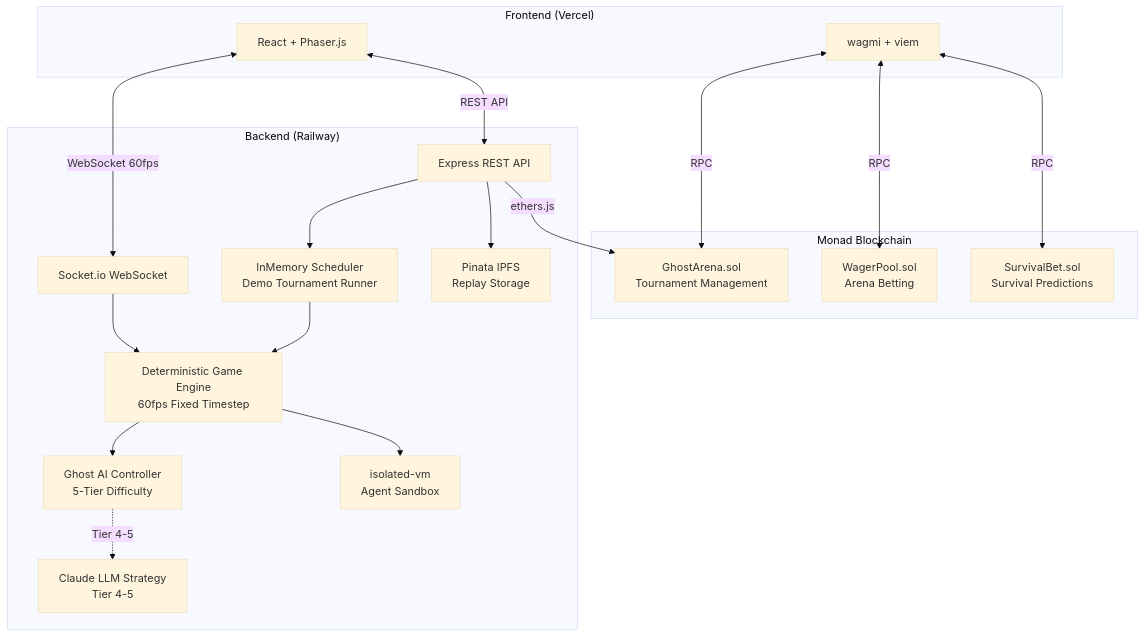
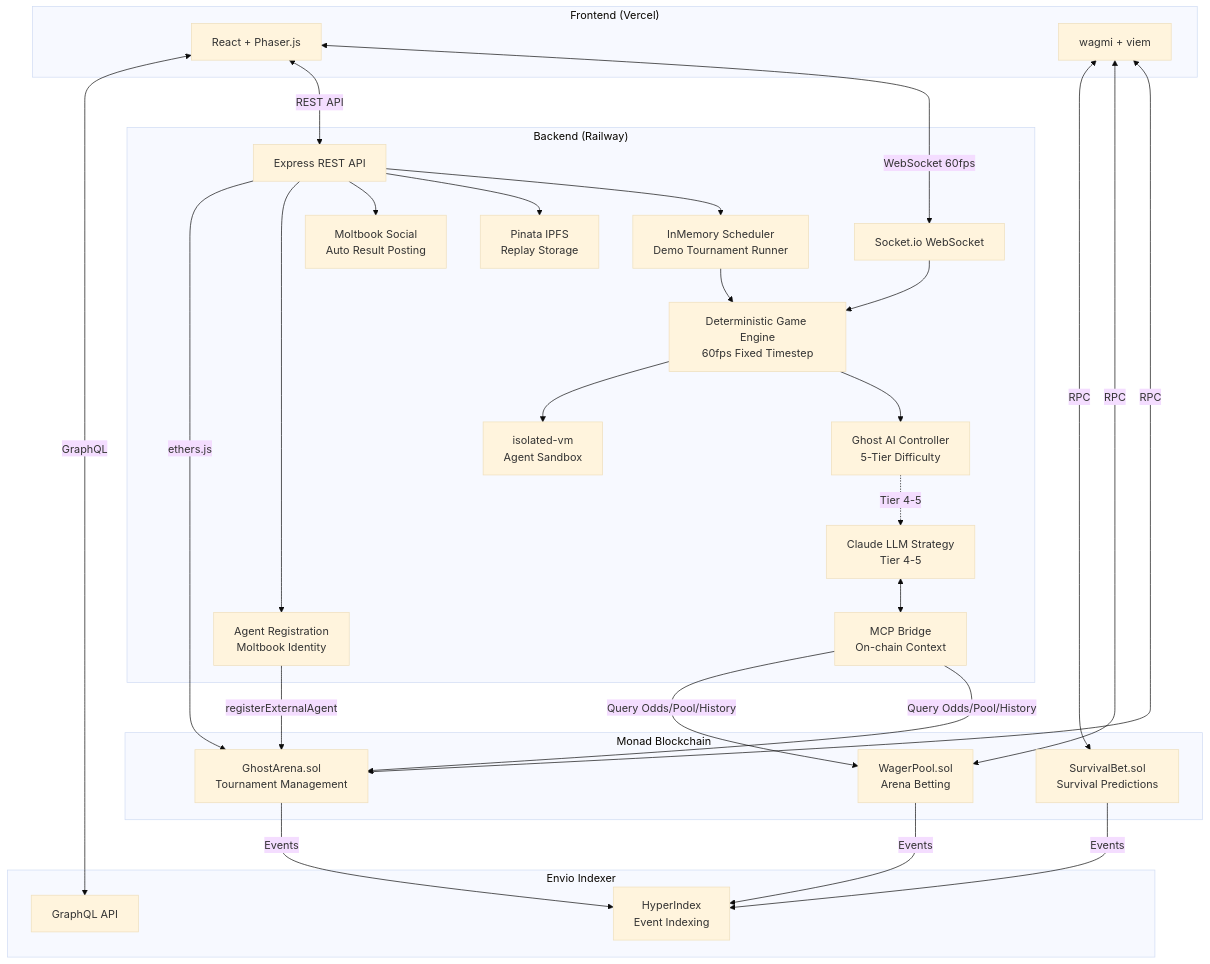
One commit to tmdry4530/Ghost-Protocol changed the diagram in README.md. Above: the diagram before and after it, drawn with Mermaid (base theme). The commit also changed other lines of this file, not shown here.

First line of the commit message:
docs: README 최종 수정 — v2 구현 반영 (MCP Bridge, Moltbook, Envio Indexer, 컨트랙트 업데이트)

````diff
--- a/README.md
+++ b/README.md
@@ -72,38 +75,56 @@
 ```mermaid
 graph TB
     subgraph Frontend["Frontend (Vercel)"]
         UI[React + Phaser.js]
         WALLET[wagmi + viem]
     end
 
     subgraph Backend["Backend (Railway)"]
         API[Express REST API]
         WS[Socket.io WebSocket]
         ENGINE[Deterministic Game Engine\n60fps Fixed Timestep]
         AI[Ghost AI Controller\n5-Tier Difficulty]
         LLM[Claude LLM Strategy\nTier 4-5]
+        MCP[MCP Bridge\nOn-chain Context]
         SANDBOX[isolated-vm\nAgent Sandbox]
         SCHED[InMemory Scheduler\nDemo Tournament Runner]
         IPFS_SVC[Pinata IPFS\nReplay Storage]
+        MOLTBOOK[Moltbook Social\nAuto Result Posting]
+        AGENT_REG[Agent Registration\nMoltbook Identity]
     end
 
     subgraph Monad["Monad Blockchain"]
         ARENA[GhostArena.sol\nTournament Management]
         WAGER[WagerPool.sol\nArena Betting]
         SURVIVAL[SurvivalBet.sol\nSurvival Predictions]
     end
 
+    subgraph Indexer["Envio Indexer"]
+        INDEXER[HyperIndex\nEvent Indexing]
+        GQL[GraphQL API]
+    end
+
     UI <-->|WebSocket 60fps| WS
     UI <-->|REST API| API
+    UI <-->|GraphQL| GQL
     WALLET <-->|RPC| ARENA
     WALLET <-->|RPC| WAGER
     WALLET <-->|RPC| SURVIVAL
     WS --> ENGINE
     ENGINE --> AI
     AI -.->|Tier 4-5| LLM
+    LLM <--> MCP
+    MCP -->|Query Odds/Pool/History| ARENA
+    MCP -->|Query Odds/Pool/History| WAGER
     ENGINE --> SANDBOX
     API --> SCHED
     API --> IPFS_SVC
+    API --> MOLTBOOK
+    API --> AGENT_REG
+    AGENT_REG -->|registerExternalAgent| ARENA
     SCHED --> ENGINE
     API -->|ethers.js| ARENA
+    ARENA -->|Events| INDEXER
+    WAGER -->|Events| INDEXER
+    SURVIVAL -->|Events| INDEXER
 ```
````
